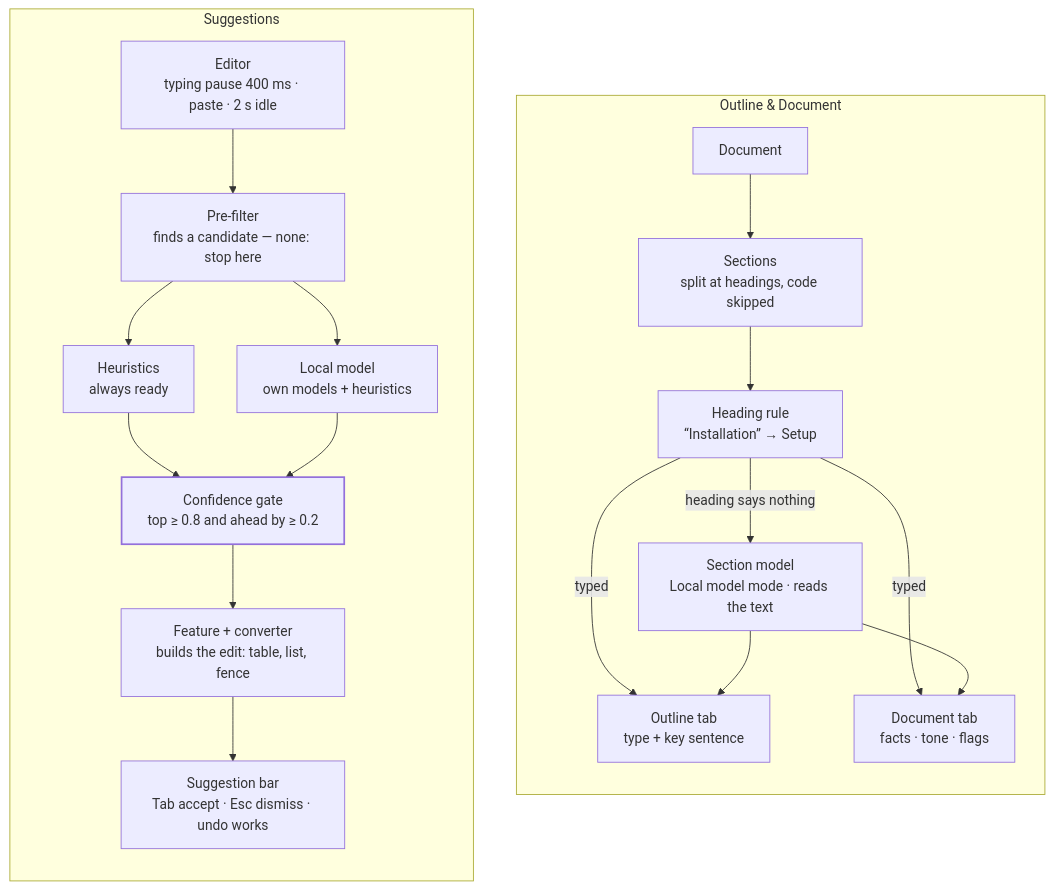
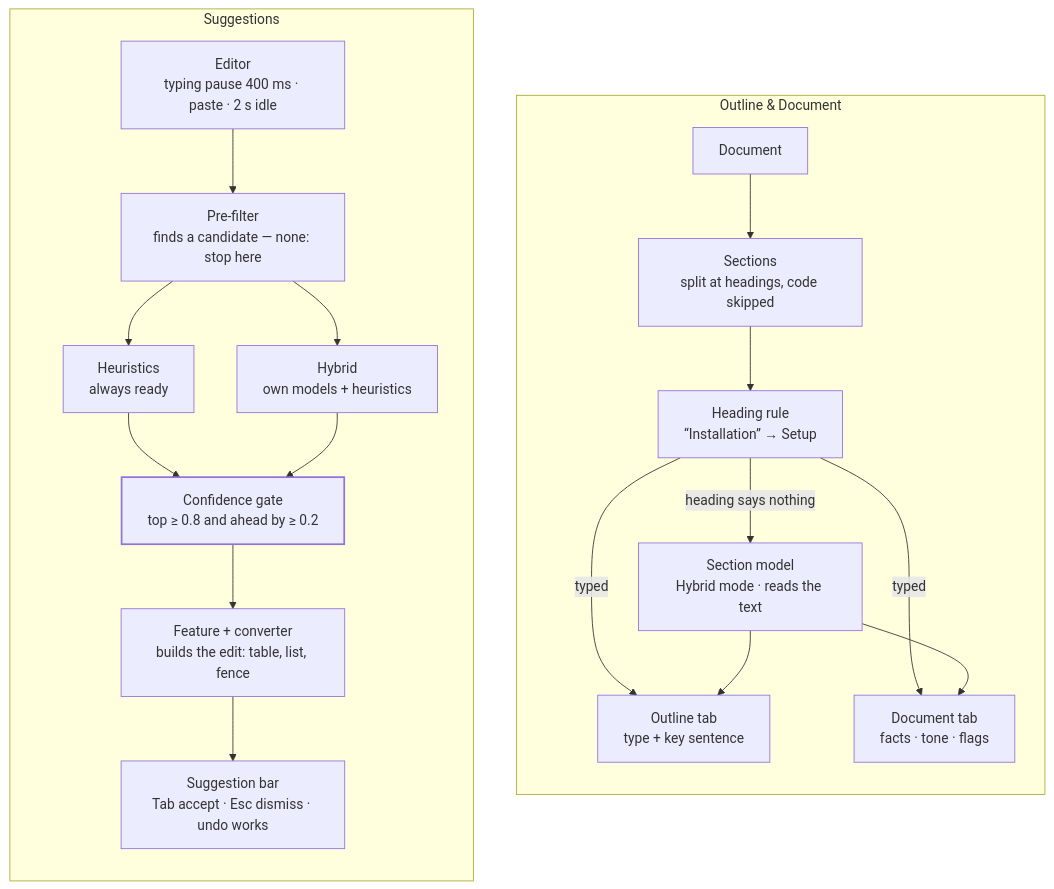
Before and after one commit to PabloFLPs/Marksage: the diagram in docs/SMART-ASSIST.md, drawn with Mermaid. The commit also changed other lines of this file and 6 other files, not shown here.

````diff
--- a/docs/SMART-ASSIST.md
+++ b/docs/SMART-ASSIST.md
@@ -92,26 +113,26 @@
 ```mermaid
 flowchart LR
   subgraph S ["Suggestions"]
     direction TB
     E["Editor<br/>typing pause 400 ms · paste · 2 s idle"] --> P["Pre-filter<br/>finds a candidate — none: stop here"]
     P --> H["Heuristics<br/>always ready"]
-    P --> M["Local model<br/>own models + heuristics"]
+    P --> M["Hybrid<br/>own models + heuristics"]
     H --> G["Confidence gate<br/>top ≥ 0.8 and ahead by ≥ 0.2"]
     M --> G
     G --> F["Feature + converter<br/>builds the edit: table, list, fence"]
     F --> B["Suggestion bar<br/>Tab accept · Esc dismiss · undo works"]
   end
   subgraph O ["Outline & Document"]
     direction TB
     D["Document"] --> X["Sections<br/>split at headings, code skipped"]
     X --> R["Heading rule<br/>“Installation” → Setup"]
-    R -- "heading says nothing" --> SM["Section model<br/>Local model mode · reads the text"]
+    R -- "heading says nothing" --> SM["Section model<br/>Hybrid mode · reads the text"]
     R -- "typed" --> T1["Outline tab<br/>type + key sentence"]
     R -- "typed" --> T2["Document tab<br/>facts · tone · flags"]
     SM --> T1
     SM --> T2
   end
   S ~~~ O
   classDef gate stroke-width:2px
   class G gate
 ```
````
